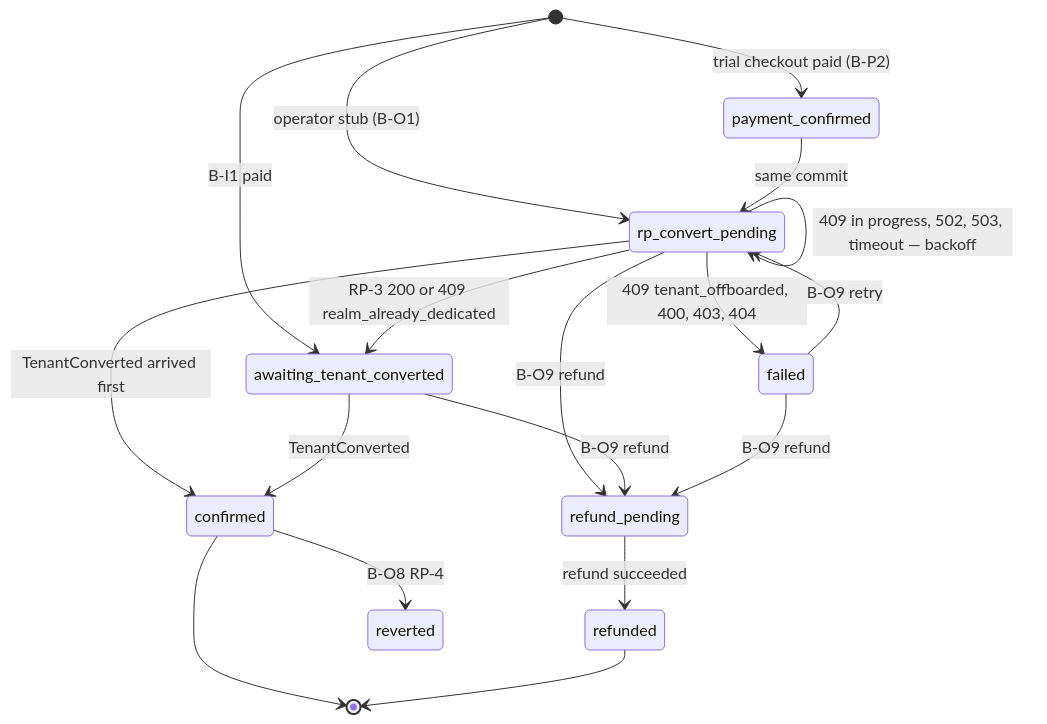
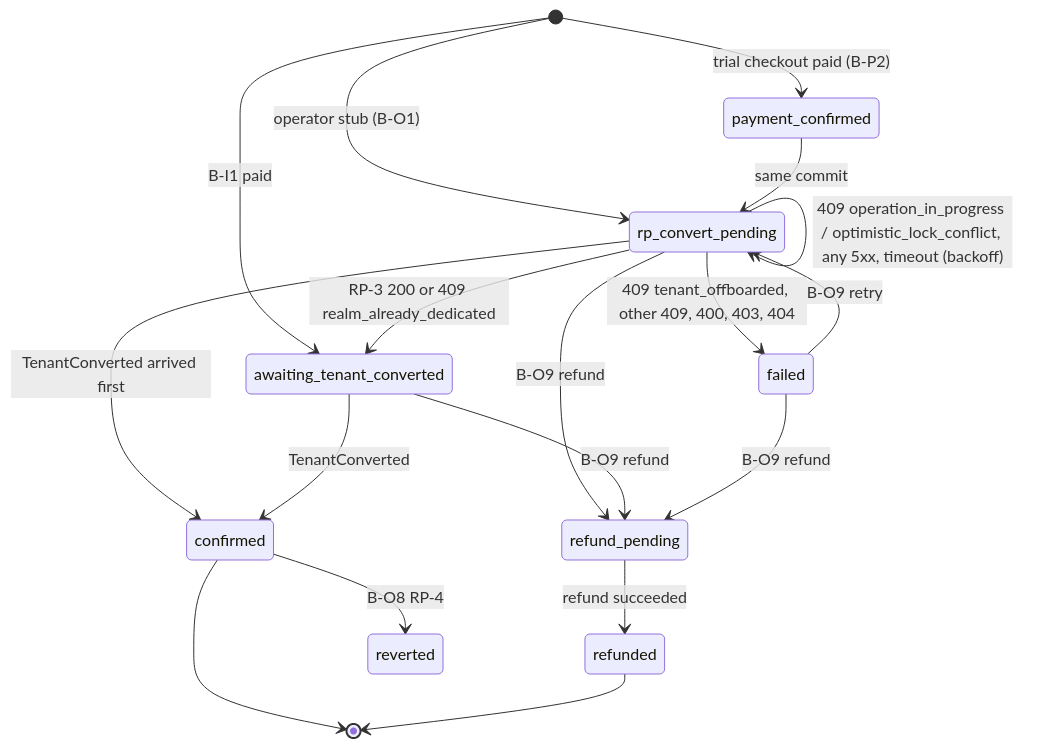
Before and after one commit to BCBP-SOLUTIONS-FZC-LLC/commercial-billing-service: the sixth of 9 diagrams in ARCHITECTURE.md, drawn with Mermaid. The commit also changed other lines of this file and 17 other files, not shown here.

First line of the commit message:
docs: LLD rev 0.59–0.61, README, ARCHITECTURE, CHANGELOG and .claude aligned with the implementation

````diff
--- a/ARCHITECTURE.md
+++ b/ARCHITECTURE.md
@@ -414,20 +424,20 @@
 ```mermaid
 stateDiagram-v2
     [*] --> payment_confirmed: trial checkout paid (B-P2)
     [*] --> rp_convert_pending: operator stub (B-O1)
     [*] --> awaiting_tenant_converted: B-I1 paid
     payment_confirmed --> rp_convert_pending: same commit
     rp_convert_pending --> awaiting_tenant_converted: RP-3 200 or 409 realm_already_dedicated
-    rp_convert_pending --> rp_convert_pending: 409 in progress, 502, 503, timeout — backoff
-    rp_convert_pending --> failed: 409 tenant_offboarded, 400, 403, 404
+    rp_convert_pending --> rp_convert_pending: 409 operation_in_progress / optimistic_lock_conflict, any 5xx, timeout (backoff)
+    rp_convert_pending --> failed: 409 tenant_offboarded, other 409, 400, 403, 404
     rp_convert_pending --> confirmed: TenantConverted arrived first
     awaiting_tenant_converted --> confirmed: TenantConverted
     failed --> rp_convert_pending: B-O9 retry
     rp_convert_pending --> refund_pending: B-O9 refund
     awaiting_tenant_converted --> refund_pending: B-O9 refund
     failed --> refund_pending: B-O9 refund
     refund_pending --> refunded: refund succeeded
     confirmed --> reverted: B-O8 RP-4
     confirmed --> [*]
     refunded --> [*]
 ```
````
